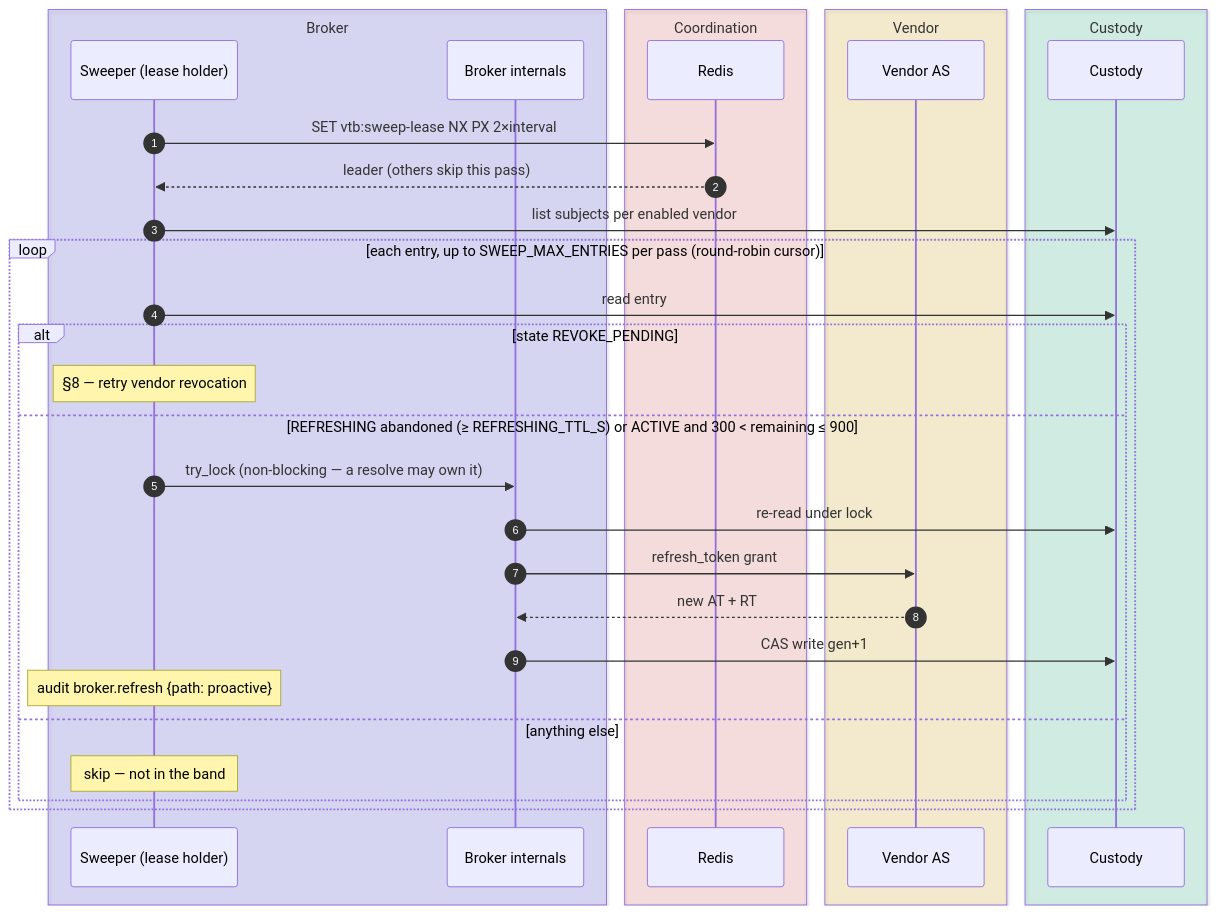
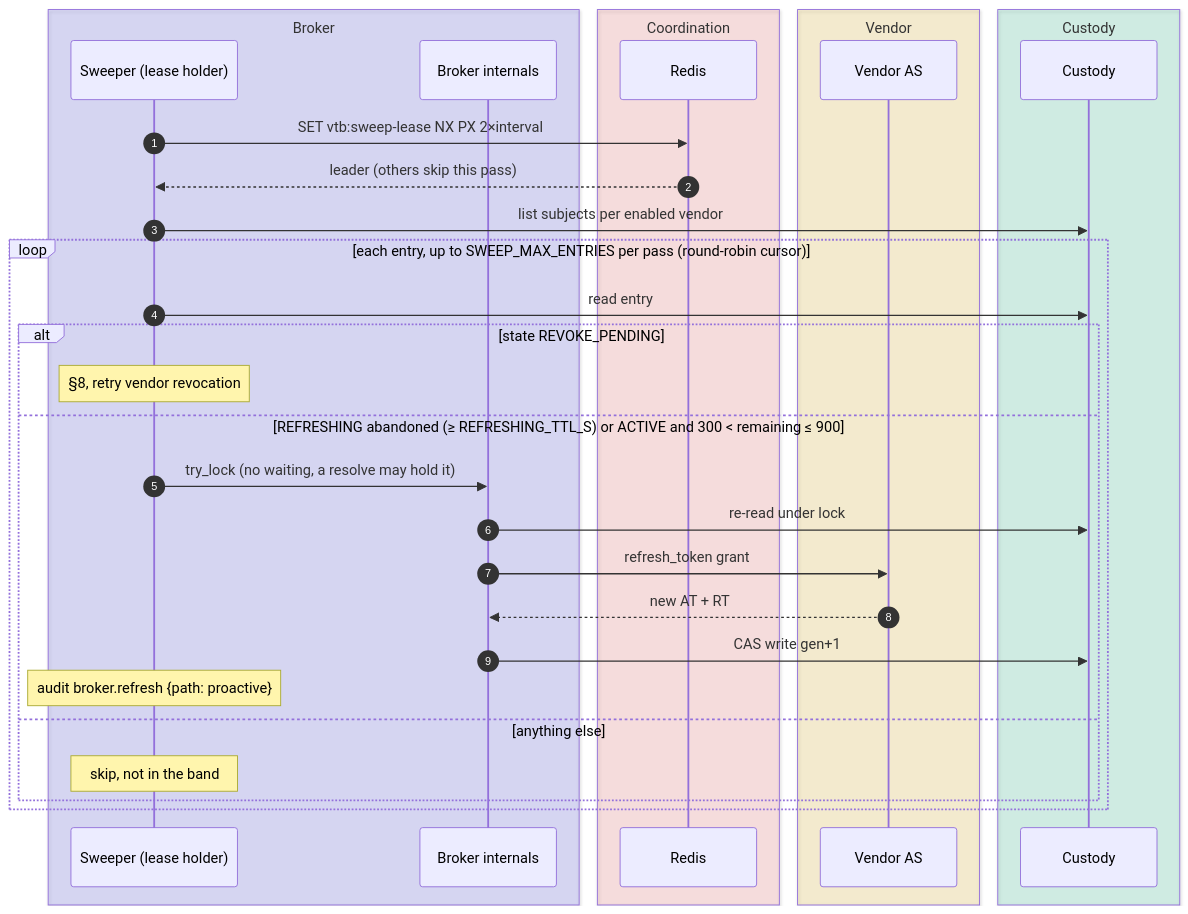
The fifth of 10 diagrams in docs/token-lifecycle.md (chief-builder/vendor-token-broker), drawn with Mermaid before and after one commit. The commit also changed other lines of this file and 14 other files, not shown here.

````diff
--- a/docs/token-lifecycle.md
+++ b/docs/token-lifecycle.md
@@ -212,36 +245,36 @@
 ```mermaid
 sequenceDiagram
     autonumber
     box rgba(99,102,241,0.20) Broker
         participant S as Sweeper (lease holder)
         participant B as Broker internals
     end
     box rgba(239,68,68,0.14) Coordination
         participant R as Redis
     end
     box rgba(234,179,8,0.16) Vendor
         participant V as Vendor AS
     end
     box rgba(16,185,129,0.16) Custody
         participant K as Custody
     end
 
     S->>R: SET vtb:sweep-lease NX PX 2×interval
     R-->>S: leader (others skip this pass)
     S->>K: list subjects per enabled vendor
     loop each entry, up to SWEEP_MAX_ENTRIES per pass (round-robin cursor)
         S->>K: read entry
         alt state REVOKE_PENDING
-            Note over S: §8 — retry vendor revocation
+            Note over S: §8, retry vendor revocation
         else REFRESHING abandoned (≥ REFRESHING_TTL_S) or ACTIVE and 300 < remaining ≤ 900
-            S->>B: try_lock (non-blocking — a resolve may own it)
+            S->>B: try_lock (no waiting, a resolve may hold it)
             B->>K: re-read under lock
             B->>V: refresh_token grant
             V-->>B: new AT + RT
             B->>K: CAS write gen+1
             Note over S: audit broker.refresh {path: proactive}
         else anything else
-            Note over S: skip — not in the band
+            Note over S: skip, not in the band
         end
     end
 ```
````
